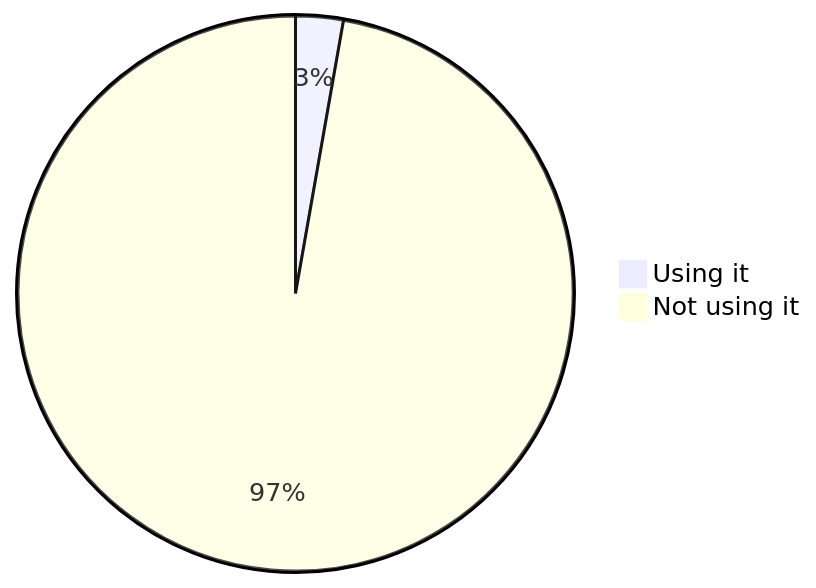
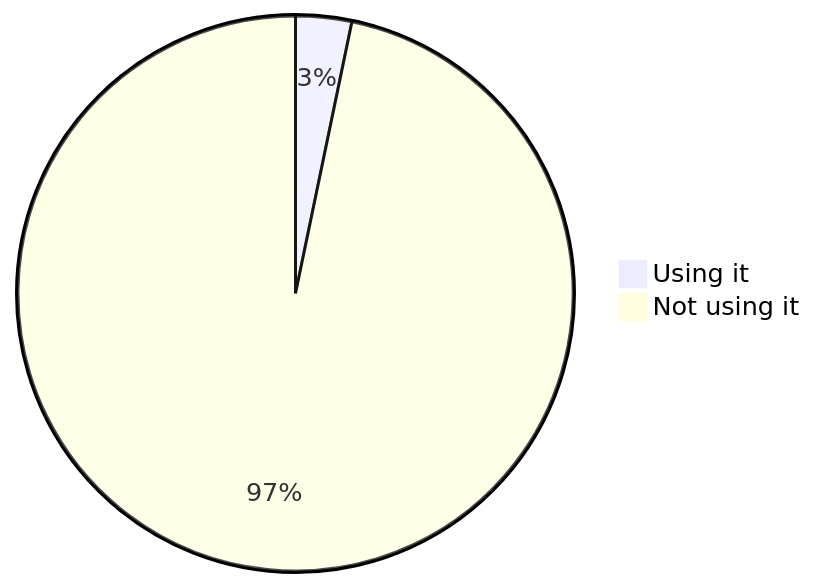
Before and after one commit to oshp/oshp-stats: diagram 17 of 22 in stats.md, drawn with Mermaid. The commit also changed other lines of this file, not shown here.

````diff
--- a/stats.md
+++ b/stats.md
@@ -202,6 +202,6 @@
 ```mermaid
 pie
-	"Using it" : 2.77
-	"Not using it" : 97.23
+	"Using it" : 3.26
+	"Not using it" : 96.74
 
 ```
````
